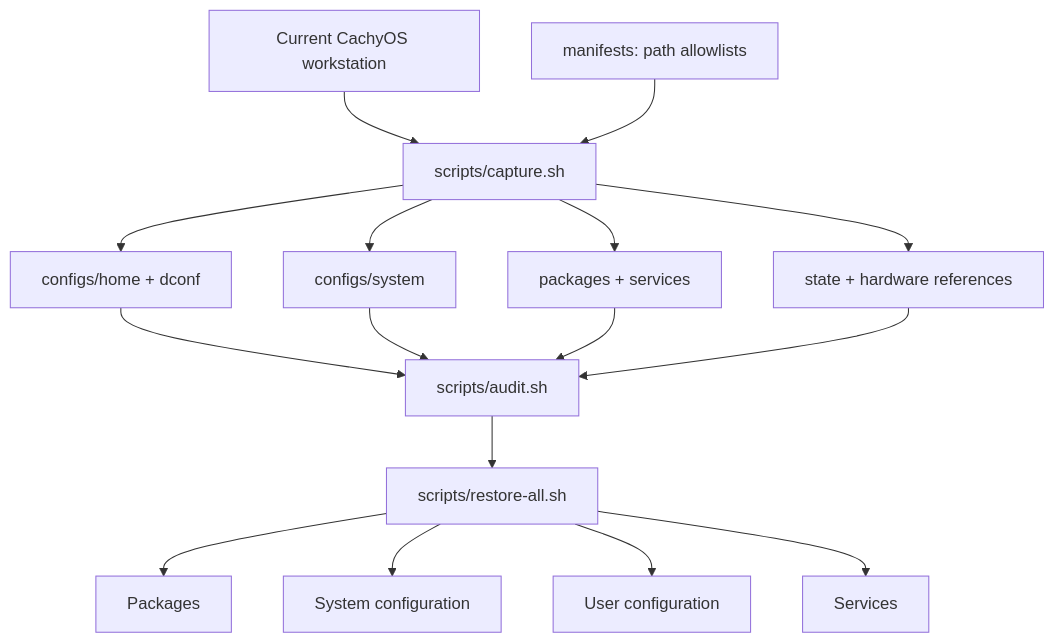
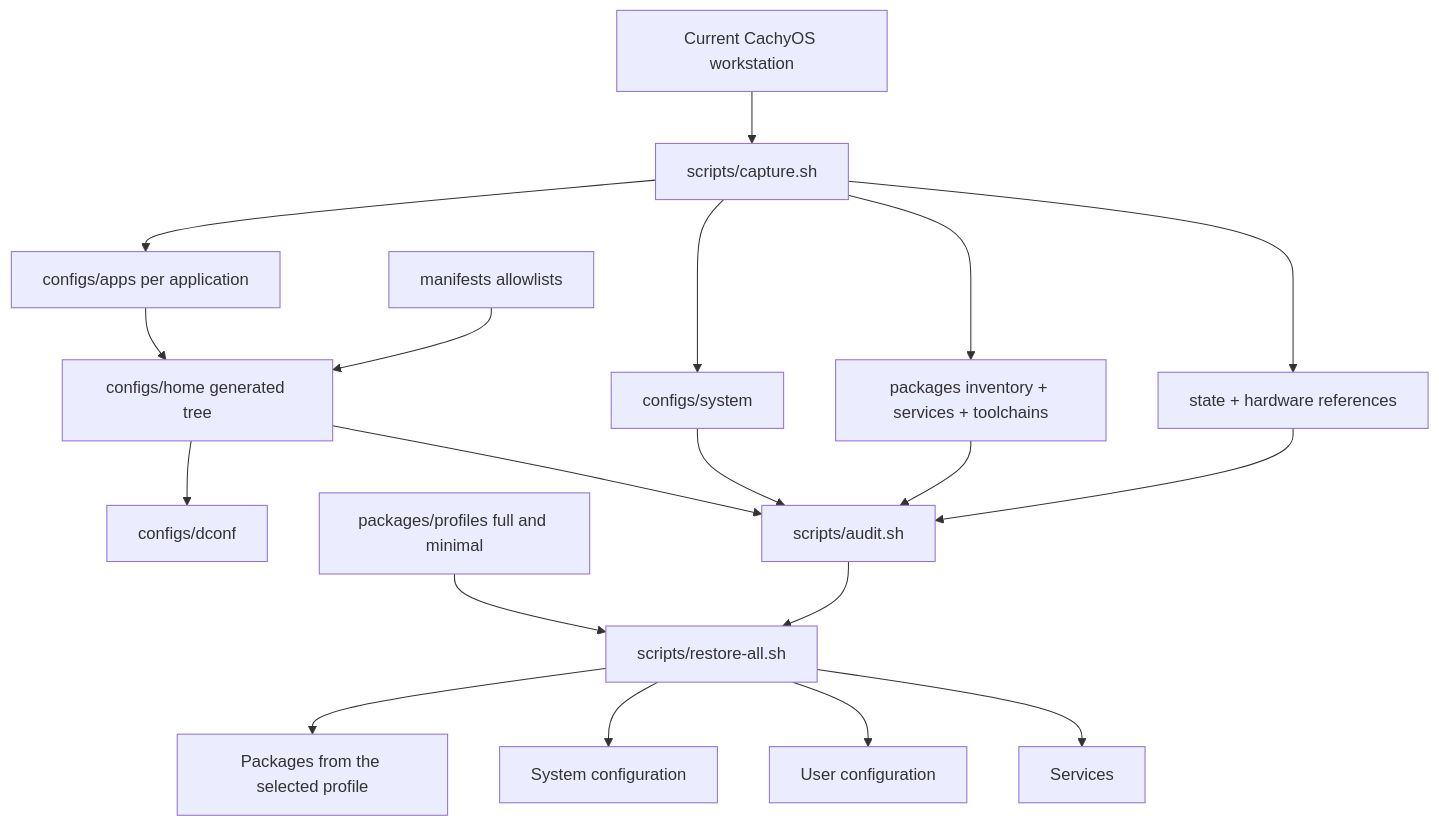
One commit to Eurekaimer/cachyos-config changed the diagram in README.md. Above: the diagram before and after it, drawn with Mermaid. The commit also changed 464 other files, not shown here.

First line of the commit message:
refactor: split config layer by application and unify package profiles

````diff
--- a/README.md
+++ b/README.md
@@ -27,18 +27,21 @@
 ```mermaid
 flowchart TD
     H[Current CachyOS workstation] --> C[scripts/capture.sh]
-    C --> U[configs/home + dconf]
+    C --> AP[configs/apps per application]
+    AP --> G[configs/home generated tree]
+    G --> DC[configs/dconf]
     C --> S[configs/system]
-    C --> P[packages + services]
+    C --> P[packages inventory + services + toolchains]
     C --> R[state + hardware references]
-    M[manifests: path allowlists] --> C
-    U --> A[scripts/audit.sh]
+    PR[packages/profiles full and minimal] --> X
+    M[manifests allowlists] --> G
+    G --> A[scripts/audit.sh]
     S --> A
     P --> A
     R --> A
     A --> X[scripts/restore-all.sh]
-    X --> I[Packages]
+    X --> I[Packages from the selected profile]
     X --> Y[System configuration]
     X --> Z[User configuration]
     X --> V[Services]
 ```
````
